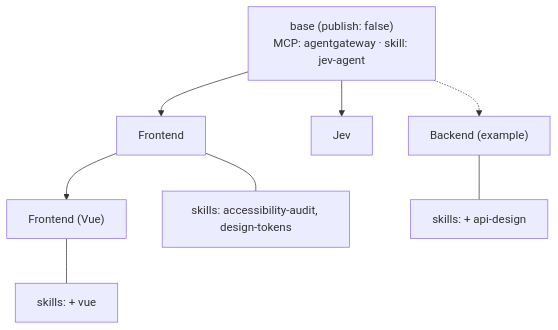
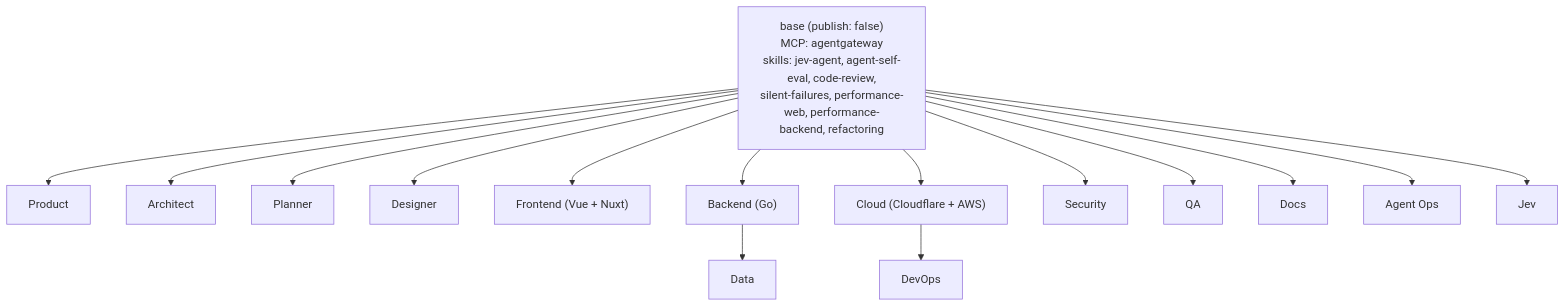
The diagram in docs/agents.md (federicoibba/opencode-agent-gateway), drawn with Mermaid before and after one commit. The commit also changed other lines of this file and 73 other files, not shown here.

````diff
--- a/docs/agents.md
+++ b/docs/agents.md
@@ -46,18 +58,23 @@
 ```mermaid
 flowchart TD
-  BASE["base (publish: false)<br/>MCP: agentgateway · skill: jev-agent"]
+  BASE["base (publish: false)<br/>MCP: agentgateway<br/>skills: jev-agent, agent-self-eval, code-review,<br/>silent-failures, performance-web, performance-backend, refactoring"]
 
-  FE["Frontend"]
-  FEV["Frontend (Vue)"]
+  PROD["Product"]
+  ARCH["Architect"]
+  PLAN["Planner"]
+  DES["Designer"]
+  FE["Frontend (Vue + Nuxt)"]
+  BE["Backend (Go)"]
+  DATA["Data"]
+  CLOUD["Cloud (Cloudflare + AWS)"]
+  OPS["DevOps"]
+  SEC["Security"]
+  QA["QA"]
+  DOCS["Docs"]
+  AO["Agent Ops"]
   JEV["Jev"]
-  BE["Backend (example)"]
 
-  BASE --> FE
-  BASE --> JEV
-  BASE -.-> BE
-  FE --> FEV
-
-  FE --- FE_S["skills: accessibility-audit, design-tokens"]
-  FEV --- FEV_S["skills: + vue"]
-  BE --- BE_S["skills: + api-design"]
+  BASE --> PROD & ARCH & PLAN & DES & FE & BE & CLOUD & SEC & QA & DOCS & AO & JEV
+  BE --> DATA
+  CLOUD --> OPS
 ```
````
